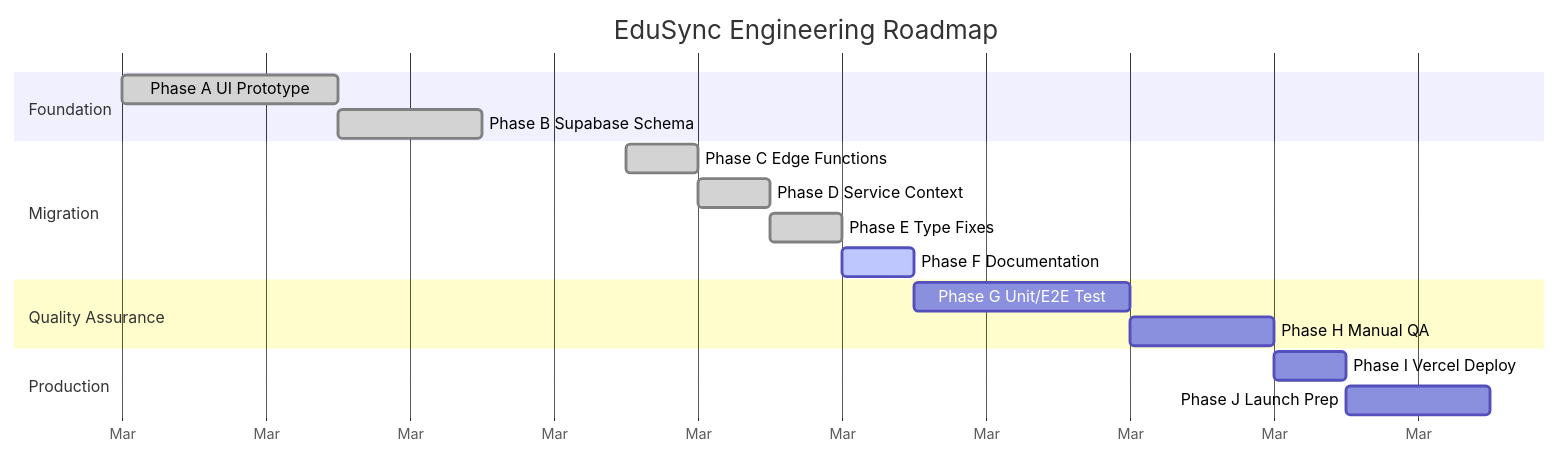
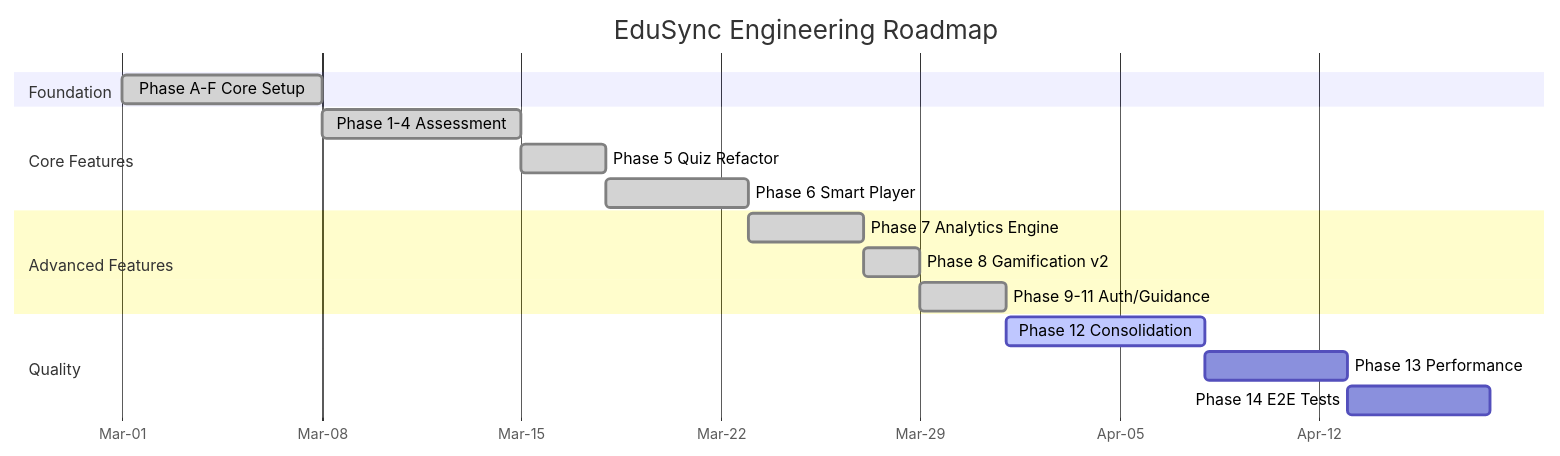
Before and after one commit to AI-Powered-Edtech/LMS: the diagram in docs/ENGINEERING_ROADMAP.md, drawn with Mermaid. The commit also changed other lines of this file and 287 other files, not shown here.

Commit message:
refactor: migrate services/ to feature-based module architecture

````diff
--- a/docs/ENGINEERING_ROADMAP.md
+++ b/docs/ENGINEERING_ROADMAP.md
@@ -37,24 +49,24 @@
 ```mermaid
 gantt
     title EduSync Engineering Roadmap
     dateFormat YYYY-MM-DD
-    axisFormat %b
+    axisFormat %b-%d
 
     section Foundation
-    Phase A UI Prototype     :done, pa, 2026-03-01, 3d
-    Phase B Supabase Schema  :done, pb, after pa, 2d
+    Phase A-F Core Setup     :done, pa, 2026-03-01, 7d
 
-    section Migration
-    Phase C Edge Functions   :done, pc, 2026-03-08, 1d
-    Phase D Service Context  :done, pd, after pc, 1d
-    Phase E Type Fixes       :done, pe, after pd, 1d
-    Phase F Documentation    :active, pf, after pe, 1d
+    section Core Features
+    Phase 1-4 Assessment     :done, p14, 2026-03-08, 7d
+    Phase 5 Quiz Refactor    :done, p5, after p14, 3d
+    Phase 6 Smart Player     :done, p6, after p5, 5d
 
-    section Quality Assurance
-    Phase G Unit/E2E Test    :pg, after pf, 3d
-    Phase H Manual QA        :ph, after pg, 2d
+    section Advanced Features
+    Phase 7 Analytics Engine :done, p7, after p6, 4d
+    Phase 8 Gamification v2  :done, p8, after p7, 2d
+    Phase 9-11 Auth/Guidance :done, p9, after p8, 3d
 
-    section Production
-    Phase I Vercel Deploy    :pi, after ph, 1d
-    Phase J Launch Prep      :pj, after pi, 2d
+    section Quality
+    Phase 12 Consolidation   :active, p12, after p9, 7d
+    Phase 13 Performance     :p13, after p12, 5d
+    Phase 14 E2E Tests       :p14b, after p13, 5d
 ```
````
